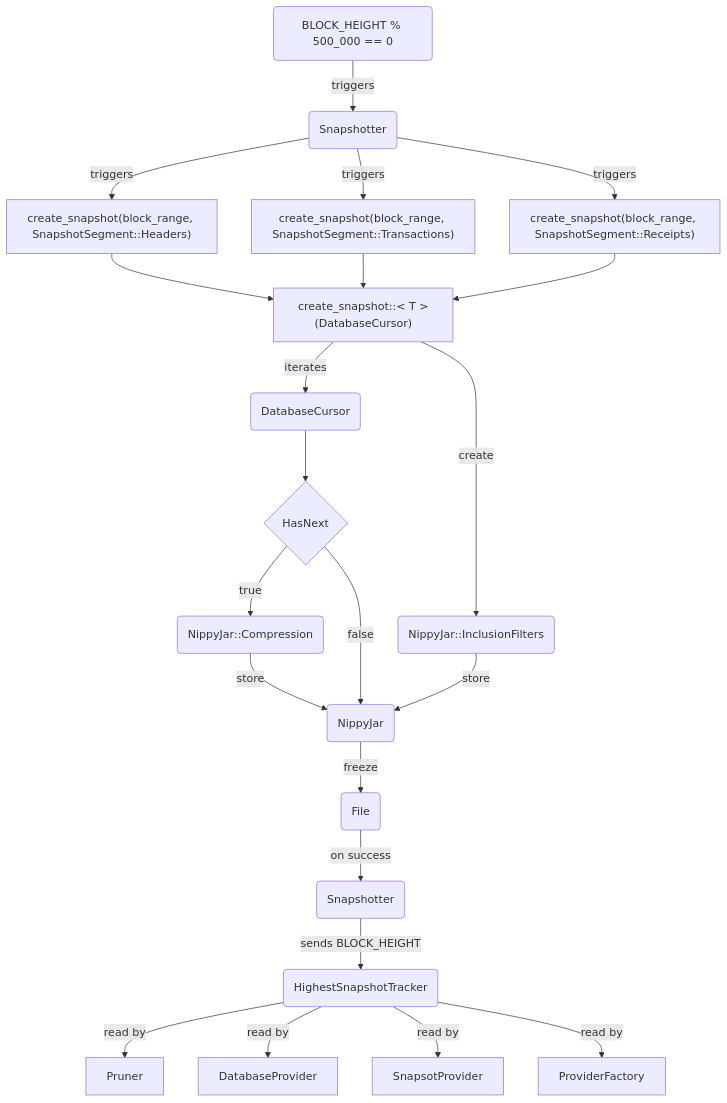
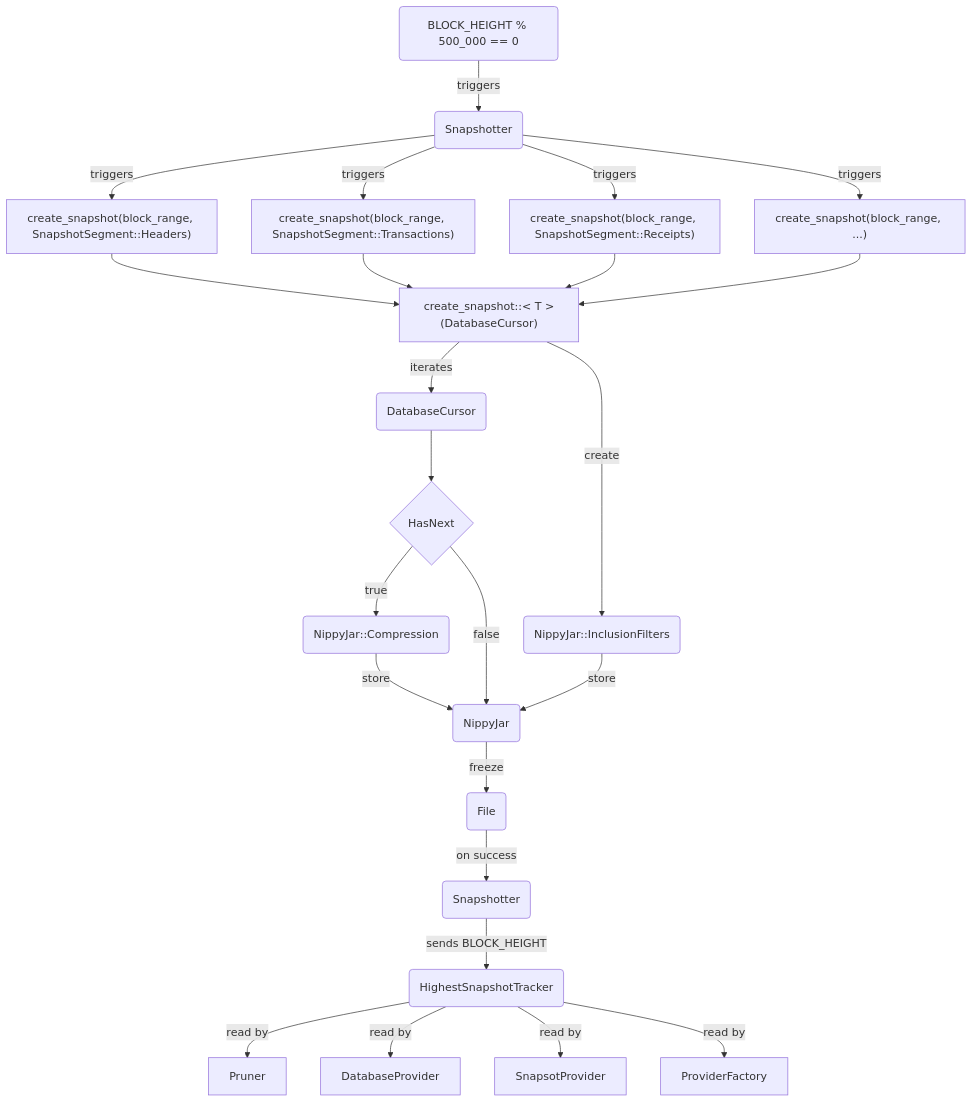
The first of 2 diagrams in crates/snapshot/README.md (paradigmxyz/reth), drawn with Mermaid before and after one commit.

Commit message:
add ... to create_snapshot

````diff
--- a/crates/snapshot/README.md
+++ b/crates/snapshot/README.md
@@ -14,24 +14,26 @@
 ```mermaid
 graph TD;
     I("BLOCK_HEIGHT % 500_000 == 0")--triggers-->SP(Snapshotter)
     SP --> |triggers| SH["create_snapshot(block_range, SnapshotSegment::Headers)"]
     SP --> |triggers| ST["create_snapshot(block_range, SnapshotSegment::Transactions)"]
     SP --> |triggers| SR["create_snapshot(block_range, SnapshotSegment::Receipts)"]
+    SP --> |triggers| ETC["create_snapshot(block_range, ...)"]
     SH --> CS["create_snapshot::&lt; T &gt;(DatabaseCursor)"]
     ST --> CS
     SR --> CS
+    ETC --> CS
     CS --> |create| IF(NippyJar::InclusionFilters)
     CS -- iterates --> DC(DatabaseCursor) -->HN{HasNext} 
     HN --> |true| NJC(NippyJar::Compression)
     NJC --store--> NJ
     HN --> |false| NJ 
     IF --store--> NJ(NippyJar)
     NJ --freeze--> F(File)
     F--"on success"--> SP1(Snapshotter)
     SP1 --"sends BLOCK_HEIGHT"--> HST(HighestSnapshotTracker)
     HST --"read by"-->Pruner
     HST --"read by"-->DatabaseProvider
     HST --"read by"-->SnapsotProvider
     HST --"read by"-->ProviderFactory
 
 ```
````
